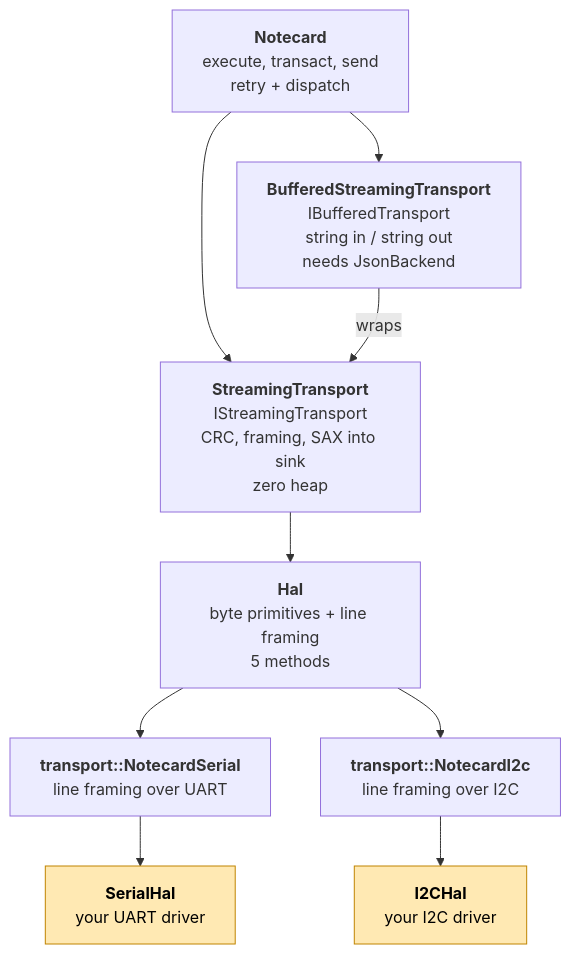
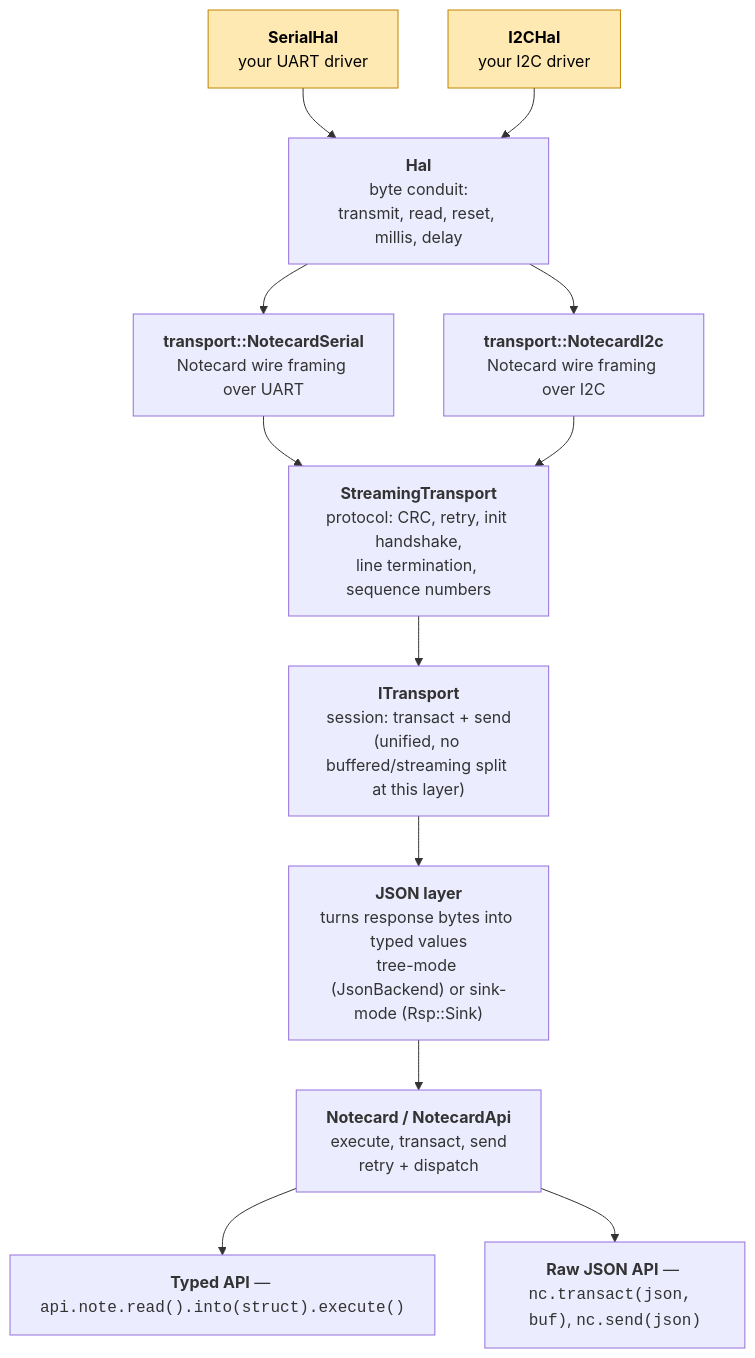
Before and after one commit to m-mcgowan/note-cpp: the diagram in docs/transport.md, drawn with Mermaid. The commit also changed other lines of this file and 1 other file, not shown here.

````diff
--- a/docs/transport.md
+++ b/docs/transport.md
@@ -13,20 +12,29 @@
 ```mermaid
 flowchart TD
-    NC["<b>Notecard</b><br/>execute, transact, send<br/>retry + dispatch"]
+    Hal["<b>Hal</b><br/>byte conduit:<br/>transmit, read, reset, millis, delay"]
+    NCSer["<b>transport::NotecardSerial</b><br/>Notecard wire framing over UART"]
+    NCI2C["<b>transport::NotecardI2c</b><br/>Notecard wire framing over I2C"]
+    Proto["<b>StreamingTransport</b><br/>protocol: CRC, retry, init handshake,<br/>line termination, sequence numbers"]
+    ITrans["<b>ITransport</b><br/>session: transact + send<br/>(unified, no buffered/streaming split at this layer)"]
+    JsonLayer["<b>JSON layer</b><br/>turns response bytes into typed values<br/>tree-mode (JsonBackend) or sink-mode (Rsp::Sink)"]
+    NC["<b>Notecard / NotecardApi</b><br/>execute, transact, send<br/>retry + dispatch"]
+    Typed["<b>Typed API</b> — <code>api.note.read().into(struct).execute()</code>"]
+    Raw["<b>Raw JSON API</b> — <code>nc.transact(json, buf)</code>, <code>nc.send(json)</code>"]
 
-    NC --> ST["<b>StreamingTransport</b><br/>IStreamingTransport<br/>CRC, framing, SAX into sink<br/>zero heap"]
-    NC --> BST["<b>BufferedStreamingTransport</b><br/>IBufferedTransport<br/>string in / string out<br/>needs JsonBackend"]
+    SerialDriver["<b>SerialHal</b><br/>your UART driver"]
+    I2CDriver["<b>I2CHal</b><br/>your I2C driver"]
 
-    BST -->|wraps| ST
-
-    ST --> Hal["<b>Hal</b><br/>byte primitives + line framing<br/>5 methods"]
-
-    Hal --> NCSer["<b>transport::NotecardSerial</b><br/>line framing over UART"]
-    Hal --> NCI2C["<b>transport::NotecardI2c</b><br/>line framing over I2C"]
-
-    NCSer --> SerialHal["<b>SerialHal</b><br/>your UART driver"]
-    NCI2C --> I2CHal["<b>I2CHal</b><br/>your I2C driver"]
+    SerialDriver --> Hal
+    I2CDriver --> Hal
+    Hal --> NCSer & NCI2C
+    NCSer --> Proto
+    NCI2C --> Proto
+    Proto --> ITrans
+    ITrans --> JsonLayer
+    JsonLayer --> NC
+    NC --> Typed
+    NC --> Raw
 
     classDef user fill:#ffe9b3,stroke:#c08400,color:#000
-    class SerialHal,I2CHal user
+    class SerialDriver,I2CDriver user
 ```
````
